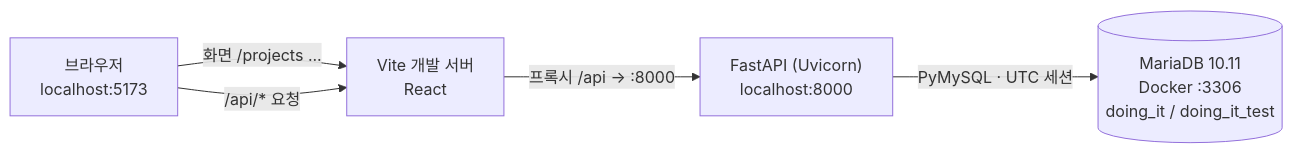
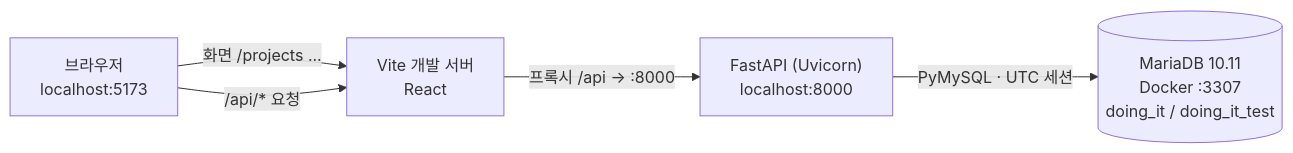
One commit to azaz1238-tech/-Doing_It- changed the first of 3 diagrams in docs/ARCHITECTURE.md. Above: the diagram before and after it, drawn with Mermaid. The commit also changed other lines of this file and 15 other files, not shown here.

````diff
--- a/docs/ARCHITECTURE.md
+++ b/docs/ARCHITECTURE.md
@@ -9,7 +9,7 @@
 ```mermaid
 flowchart LR
   B["브라우저<br/>localhost:5173"] -->|"화면 /projects ..."| V["Vite 개발 서버<br/>React"]
   B -->|"/api/* 요청"| V
   V -->|"프록시 /api → :8000"| F["FastAPI (Uvicorn)<br/>localhost:8000"]
-  F -->|"PyMySQL · UTC 세션"| D[("MariaDB 10.11<br/>Docker :3306<br/>doing_it / doing_it_test")]
+  F -->|"PyMySQL · UTC 세션"| D[("MariaDB 10.11<br/>Docker :3307<br/>doing_it / doing_it_test")]
 ```
````
